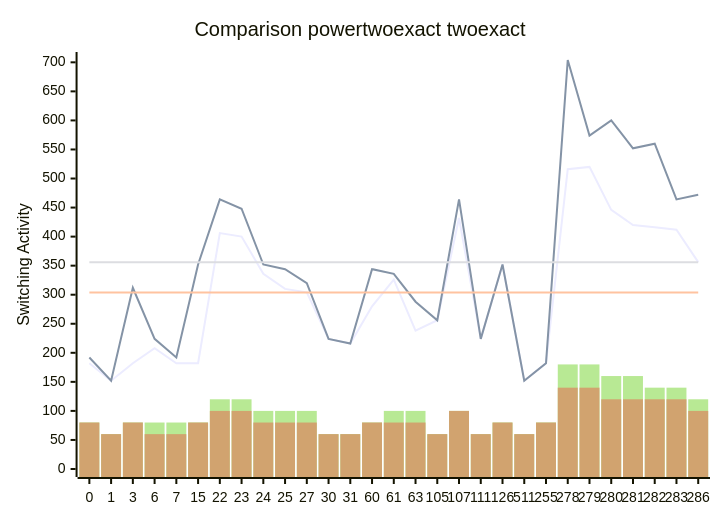
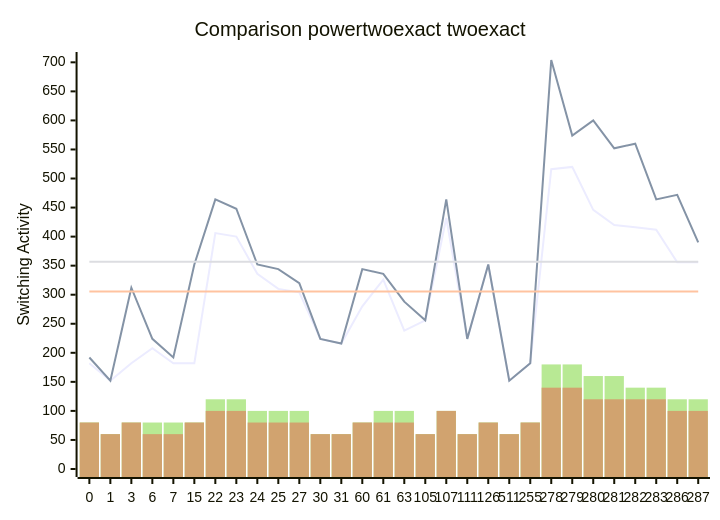
One commit to FeldmeierMichael/Exact-Power-Synthesis changed the diagram in benchmark_opt.md. Above: the diagram before and after it, drawn with Mermaid. The commit also changed other lines of this file, not shown here.

````diff
--- a/benchmark_opt.md
+++ b/benchmark_opt.md
@@ -63,12 +65,12 @@
 ```mermaid
 xychart-beta
     title "Comparison powertwoexact twoexact"
-    x-axis [0, 1, 3, 6, 7, 15, 22, 23, 24, 25, 27, 30, 31, 60, 61, 63, 105, 107, 111, 126, 511, 255, 278, 279, 280, 281, 282, 283, 286]
+    x-axis [0, 1, 3, 6, 7, 15, 22, 23, 24, 25, 27, 30, 31, 60, 61, 63, 105, 107, 111, 126, 511, 255, 278, 279, 280, 281, 282, 283, 286, 287]
     y-axis "Switching Activity" 0-->704
-    line [182, 152, 182, 208, 182, 182, 406, 400, 336, 310, 304, 224, 216, 280, 326, 238, 256, 432, 224, 352, 152, 182, 516, 520, 446, 420, 416, 412, 356]
-    line [192, 152, 312, 224, 192, 352, 464, 448, 352, 344, 320, 224, 216, 344, 336, 288, 256, 464, 224, 352, 152, 182, 704, 574, 600, 552, 560, 464, 472]
-    line [303.86206896551727, 303.86206896551727, 303.86206896551727, 303.86206896551727, 303.86206896551727, 303.86206896551727, 303.86206896551727, 303.86206896551727, 303.86206896551727, 303.86206896551727, 303.86206896551727, 303.86206896551727, 303.86206896551727, 303.86206896551727, 303.86206896551727, 303.86206896551727, 303.86206896551727, 303.86206896551727, 303.86206896551727, 303.86206896551727, 303.86206896551727, 303.86206896551727, 303.86206896551727, 303.86206896551727, 303.86206896551727, 303.86206896551727, 303.86206896551727, 303.86206896551727, 303.86206896551727]
-    line [355.7241379310345, 355.7241379310345, 355.7241379310345, 355.7241379310345, 355.7241379310345, 355.7241379310345, 355.7241379310345, 355.7241379310345, 355.7241379310345, 355.7241379310345, 355.7241379310345, 355.7241379310345, 355.7241379310345, 355.7241379310345, 355.7241379310345, 355.7241379310345, 355.7241379310345, 355.7241379310345, 355.7241379310345, 355.7241379310345, 355.7241379310345, 355.7241379310345, 355.7241379310345, 355.7241379310345, 355.7241379310345, 355.7241379310345, 355.7241379310345, 355.7241379310345, 355.7241379310345]
-    bar [80, 60, 80, 80, 80, 80, 120, 120, 100, 100, 100, 60, 60, 80, 100, 100, 60, 100, 60, 80, 60, 80, 180, 180, 160, 160, 140, 140, 120]
-    bar [80, 60, 80, 60, 60, 80, 100, 100, 80, 80, 80, 60, 60, 80, 80, 80, 60, 100, 60, 80, 60, 80, 140, 140, 120, 120, 120, 120, 100]
+    line [182, 152, 182, 208, 182, 182, 406, 400, 336, 310, 304, 224, 216, 280, 326, 238, 256, 432, 224, 352, 152, 182, 516, 520, 446, 420, 416, 412, 356, 356]
+    line [192, 152, 312, 224, 192, 352, 464, 448, 352, 344, 320, 224, 216, 344, 336, 288, 256, 464, 224, 352, 152, 182, 704, 574, 600, 552, 560, 464, 472, 390]
+    line [305.6, 305.6, 305.6, 305.6, 305.6, 305.6, 305.6, 305.6, 305.6, 305.6, 305.6, 305.6, 305.6, 305.6, 305.6, 305.6, 305.6, 305.6, 305.6, 305.6, 305.6, 305.6, 305.6, 305.6, 305.6, 305.6, 305.6, 305.6, 305.6, 305.6]
+    line [356.8666666666667, 356.8666666666667, 356.8666666666667, 356.8666666666667, 356.8666666666667, 356.8666666666667, 356.8666666666667, 356.8666666666667, 356.8666666666667, 356.8666666666667, 356.8666666666667, 356.8666666666667, 356.8666666666667, 356.8666666666667, 356.8666666666667, 356.8666666666667, 356.8666666666667, 356.8666666666667, 356.8666666666667, 356.8666666666667, 356.8666666666667, 356.8666666666667, 356.8666666666667, 356.8666666666667, 356.8666666666667, 356.8666666666667, 356.8666666666667, 356.8666666666667, 356.8666666666667, 356.8666666666667]
+    bar [80, 60, 80, 80, 80, 80, 120, 120, 100, 100, 100, 60, 60, 80, 100, 100, 60, 100, 60, 80, 60, 80, 180, 180, 160, 160, 140, 140, 120, 120]
+    bar [80, 60, 80, 60, 60, 80, 100, 100, 80, 80, 80, 60, 60, 80, 80, 80, 60, 100, 60, 80, 60, 80, 140, 140, 120, 120, 120, 120, 100, 100]
 ```
````
